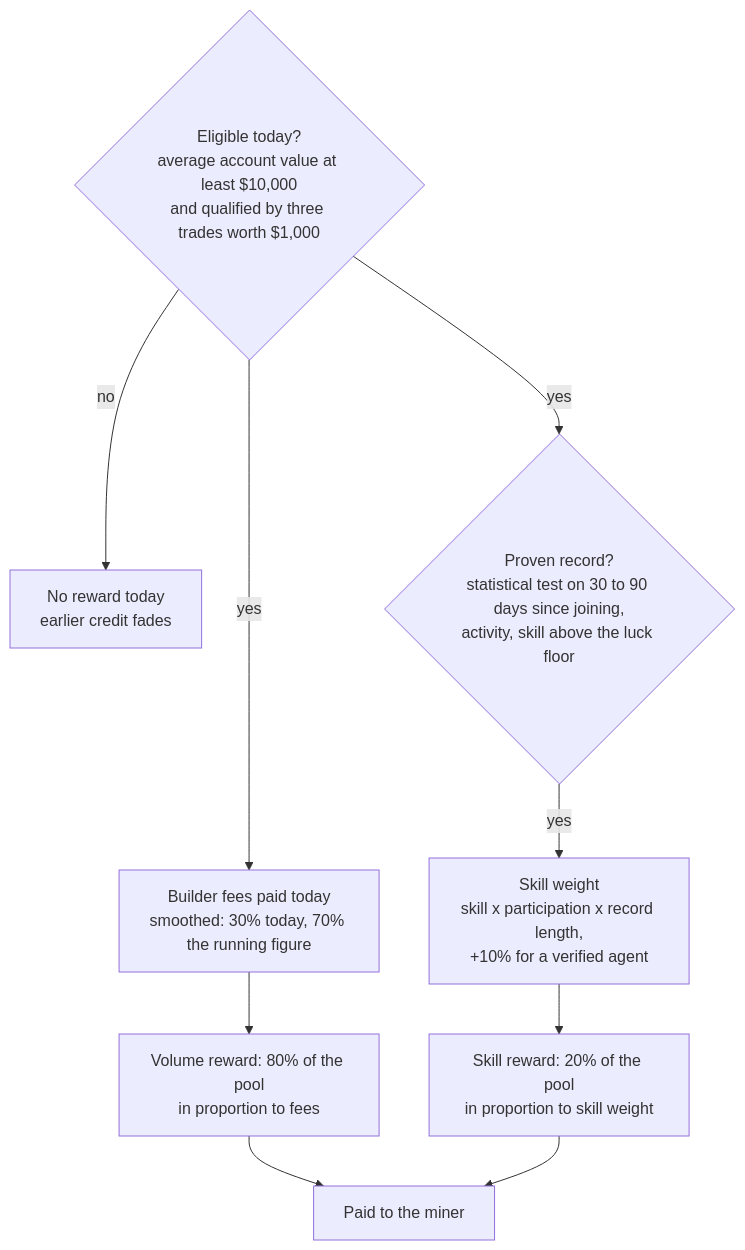
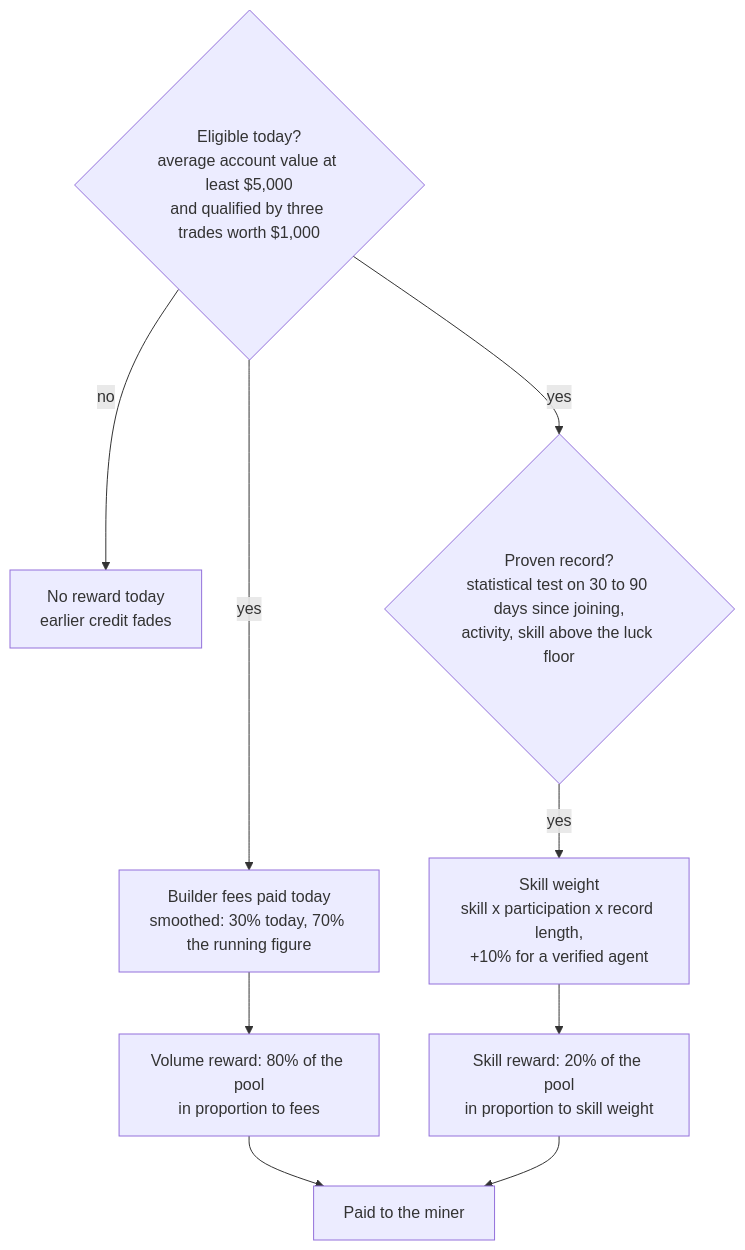
Before and after one commit to kokoahdotcom/kokoah-subnet: the third of 3 diagrams in docs/whitepaper.md, drawn with Mermaid. The commit also changed other lines of this file and 7 other files, not shown here.

````diff
--- a/docs/whitepaper.md
+++ b/docs/whitepaper.md
@@ -129,11 +129,11 @@
 ```mermaid
 flowchart TD
-  E{Eligible today?<br/>average account value at least $10,000<br/>and qualified by three trades worth $1,000} -->|no| Z[No reward today<br/>earlier credit fades]
+  E{Eligible today?<br/>average account value at least $5,000<br/>and qualified by three trades worth $1,000} -->|no| Z[No reward today<br/>earlier credit fades]
   E -->|yes| F[Builder fees paid today<br/>smoothed: 30% today, 70% the running figure]
   F --> VP[Volume reward: 80% of the pool<br/>in proportion to fees]
   E -->|yes| S{Proven record?<br/>statistical test on 30 to 90 days since joining,<br/>activity, skill above the luck floor}
   S -->|yes| W[Skill weight<br/>skill x participation x record length,<br/>+10% for a verified agent]
   W --> SP[Skill reward: 20% of the pool<br/>in proportion to skill weight]
   VP --> PAY[Paid to the miner]
   SP --> PAY
 ```
````
